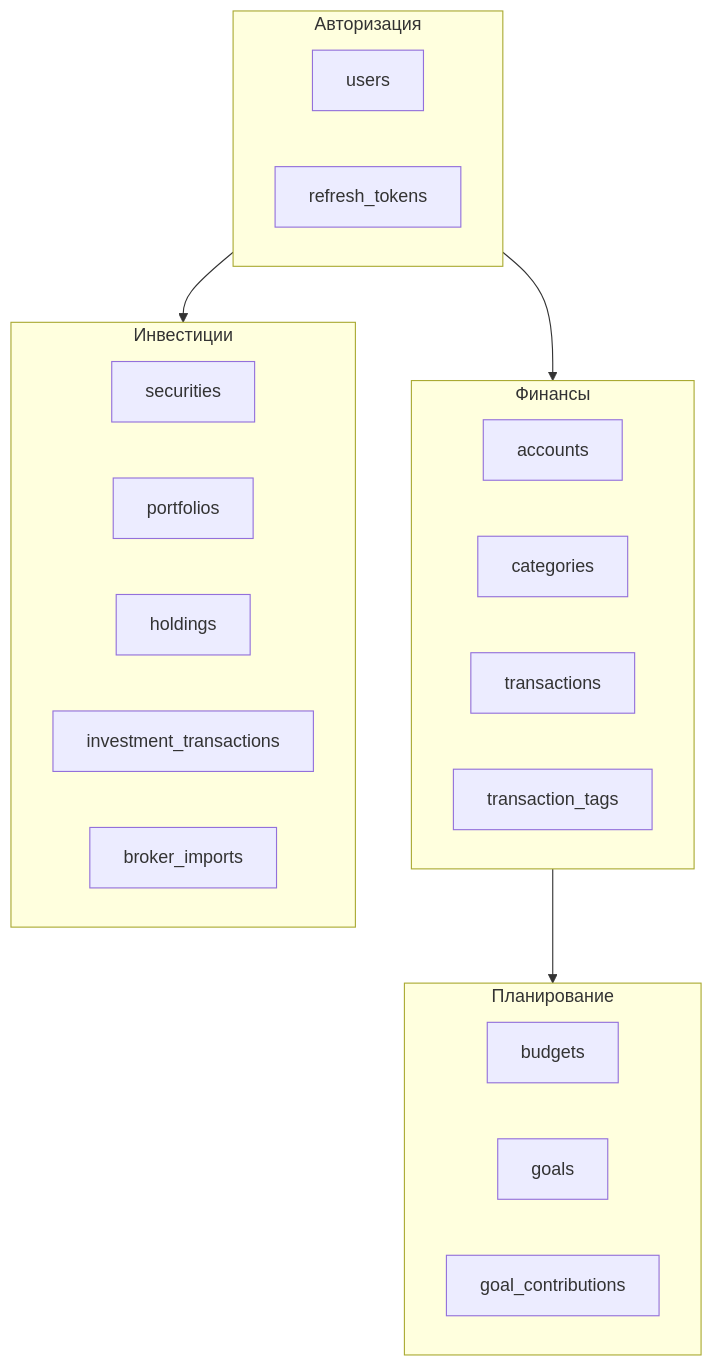
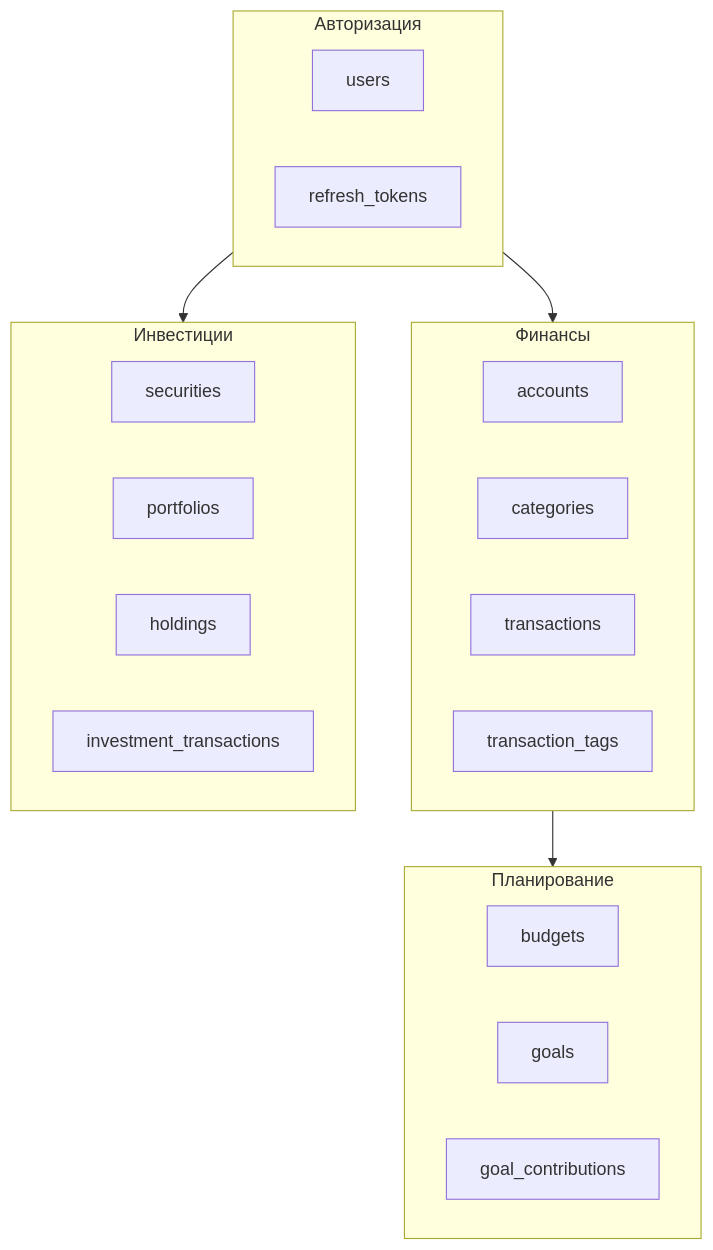
One commit to alligatorO15/fin-tracker changed the third of 3 diagrams in docs/ER.md. Above: the diagram before and after it, drawn with Mermaid. The commit also changed other lines of this file and 10 other files, not shown here.

Commit message:
rm broker_imports

````diff
--- a/docs/ER.md
+++ b/docs/ER.md
@@ -287,32 +271,31 @@
 ```mermaid
 graph TB
     subgraph Auth["Авторизация"]
         users
         refresh_tokens
     end
     
     subgraph Finance["Финансы"]
         accounts
         categories
         transactions
         transaction_tags
     end
     
     subgraph Planning["Планирование"]
         budgets
         goals
         goal_contributions
     end
     
     subgraph Investments["Инвестиции"]
         securities
         portfolios
         holdings
         investment_transactions
-        broker_imports
     end
     
     Auth --> Finance
     Finance --> Planning
     Auth --> Investments
 ```
````
